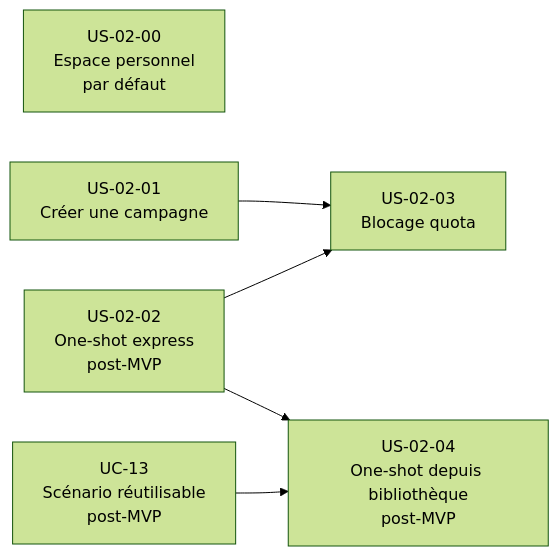
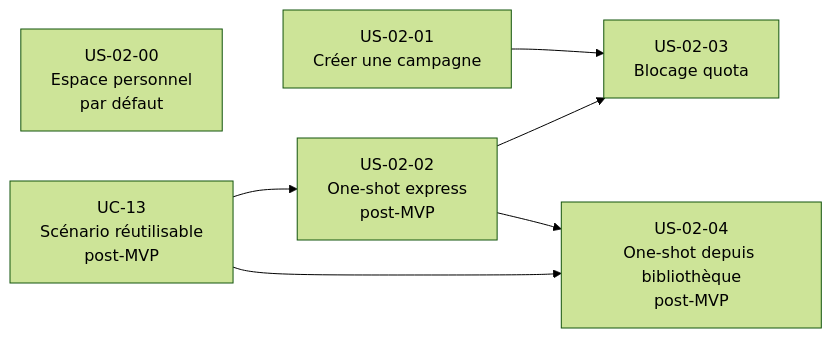
One commit to 2025-10-CDA-ECO-P6/PM-micro-saas changed the second of 2 diagrams in docs/besoin/stories/US-UC-02-creer-espace-jeu.md. Above: the diagram before and after it, drawn with Mermaid (forest theme). The commit also changed other lines of this file and 10 other files, not shown here.

First line of the commit message:
docs(stories): aligne les diagrammes des stories sur leurs règles et dépendances

````diff
--- a/docs/besoin/stories/US-UC-02-creer-espace-jeu.md
+++ b/docs/besoin/stories/US-UC-02-creer-espace-jeu.md
@@ -96,14 +96,15 @@
 ```mermaid
 flowchart LR
     US0200[US-02-00\nEspace personnel\npar défaut]
     US0201[US-02-01\nCréer une campagne]
     US0202[US-02-02\nOne-shot express\npost-MVP]
     US0203[US-02-03\nBlocage quota]
     US0204[US-02-04\nOne-shot depuis bibliothèque\npost-MVP]
     UC13[UC-13\nScénario réutilisable\npost-MVP]
 
     US0201 --> US0203
     US0202 --> US0203
+    UC13 --> US0202
     UC13 --> US0204
     US0202 --> US0204
 ```
````
